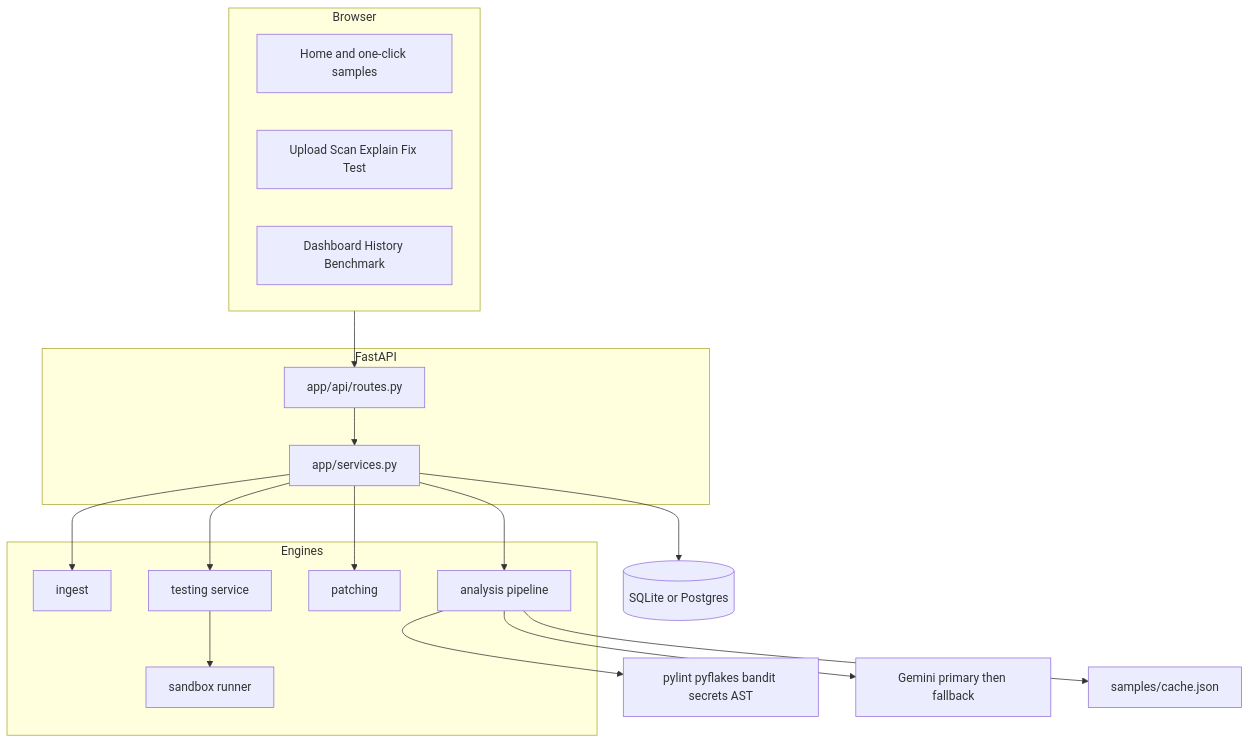
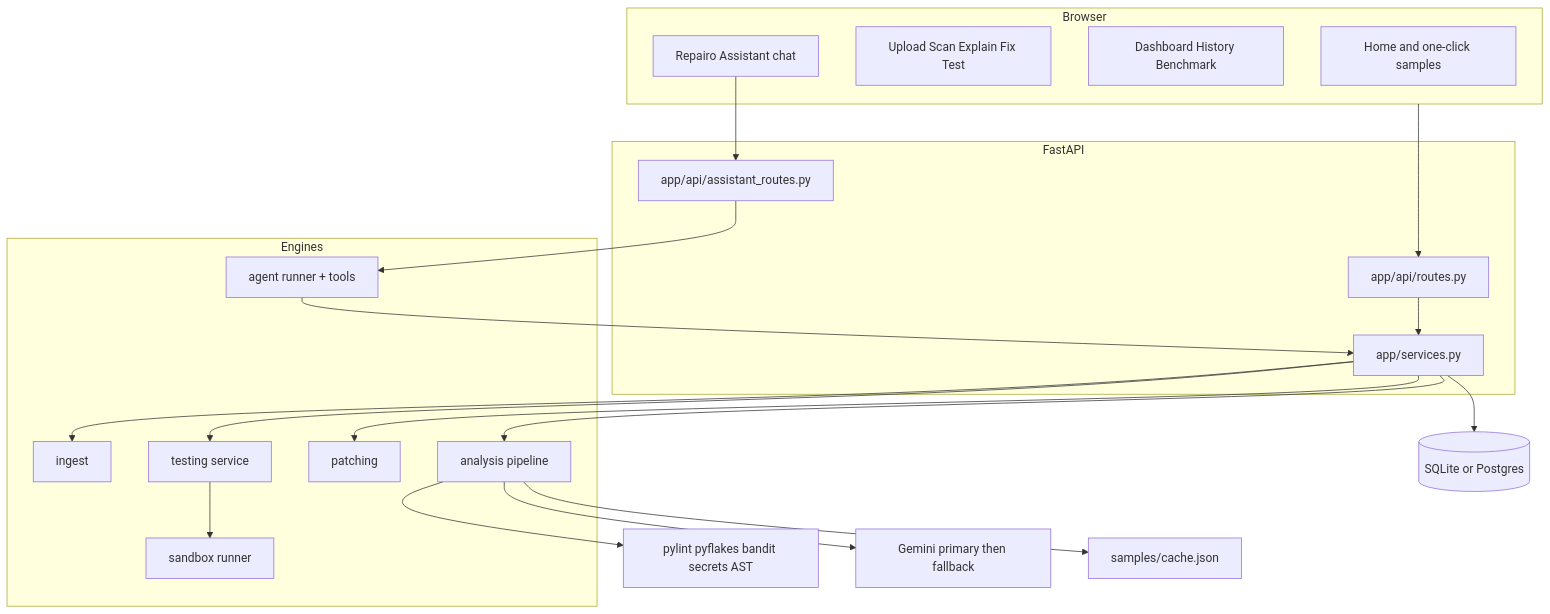
One commit to shrinidhigowda2010/autopatch changed the diagram in docs/ARCHITECTURE.md. Above: the diagram before and after it, drawn with Mermaid. The commit also changed other lines of this file and 64 other files, not shown here.

Commit message:
Add login with coder IDs, auto-correct approvals, FixPilot redesign and the assistant chat.

````diff
--- a/docs/ARCHITECTURE.md
+++ b/docs/ARCHITECTURE.md
@@ -5,29 +5,34 @@
 ```mermaid
 flowchart TB
   subgraph client [Browser]
     Home[Home and one-click samples]
     Steps[Upload Scan Explain Fix Test]
     Dash[Dashboard History Benchmark]
+    Assist[Repairo Assistant chat]
   end
   subgraph api [FastAPI]
     Routes[app/api/routes.py]
+    AssistAPI[app/api/assistant_routes.py]
     Services[app/services.py]
   end
   subgraph engines [Engines]
     Ingest[ingest]
     Pipeline[analysis pipeline]
     Patch[patching]
     Proof[testing service]
     Box[sandbox runner]
+    Agent[agent runner + tools]
   end
   DB[(SQLite or Postgres)]
   client --> Routes --> Services
+  Assist --> AssistAPI --> Agent
+  Agent --> Services
   Services --> Ingest
   Services --> Pipeline
   Services --> Patch
   Services --> Proof --> Box
   Services --> DB
   Pipeline --> Static[pylint pyflakes bandit secrets AST]
   Pipeline --> Gemini[Gemini primary then fallback]
   Pipeline --> Cache[samples/cache.json]
 ```
````
